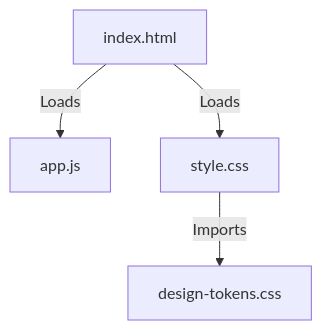
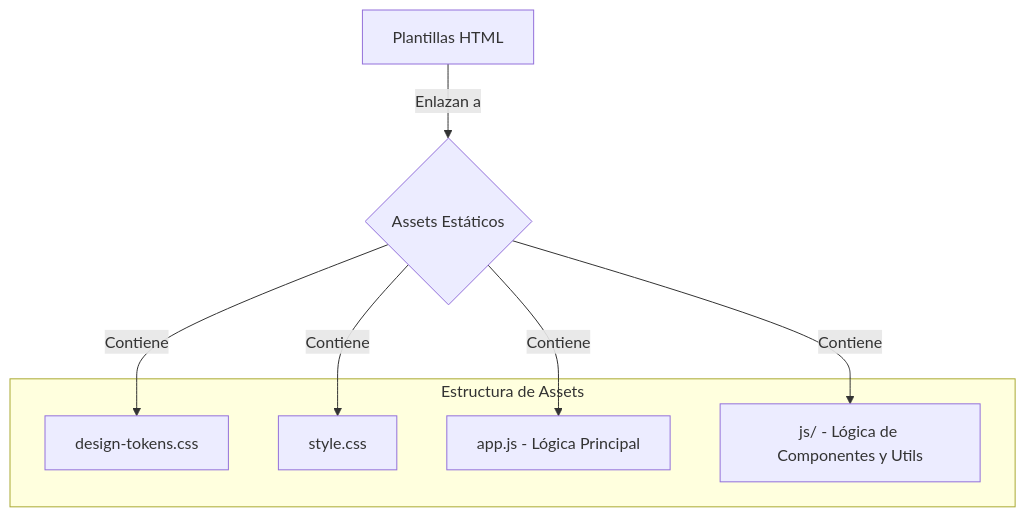
Before and after one commit to Brunvelop/autocode: the diagram in docs/autocode/web/static/_module.md, drawn with Mermaid. The commit also changed other lines of this file and 23 other files, not shown here.

````diff
--- a/docs/autocode/web/static/_module.md
+++ b/docs/autocode/web/static/_module.md
@@ -9,6 +9,16 @@
 ```mermaid
 graph TD
-    A[index.html] -- Loads --> B[app.js];
-    A -- Loads --> C[style.css];
-    C -- Imports --> D[design-tokens.css];
+    A[Plantillas HTML] -- Enlazan a --> B{Assets Estáticos};
+    
+    subgraph "Estructura de Assets"
+        C[design-tokens.css];
+        D[style.css];
+        E[app.js - Lógica Principal];
+        F[js/ - Lógica de Componentes y Utils];
+    end
+
+    B -- Contiene --> C;
+    B -- Contiene --> D;
+    B -- Contiene --> E;
+    B -- Contiene --> F;
 ```
````
